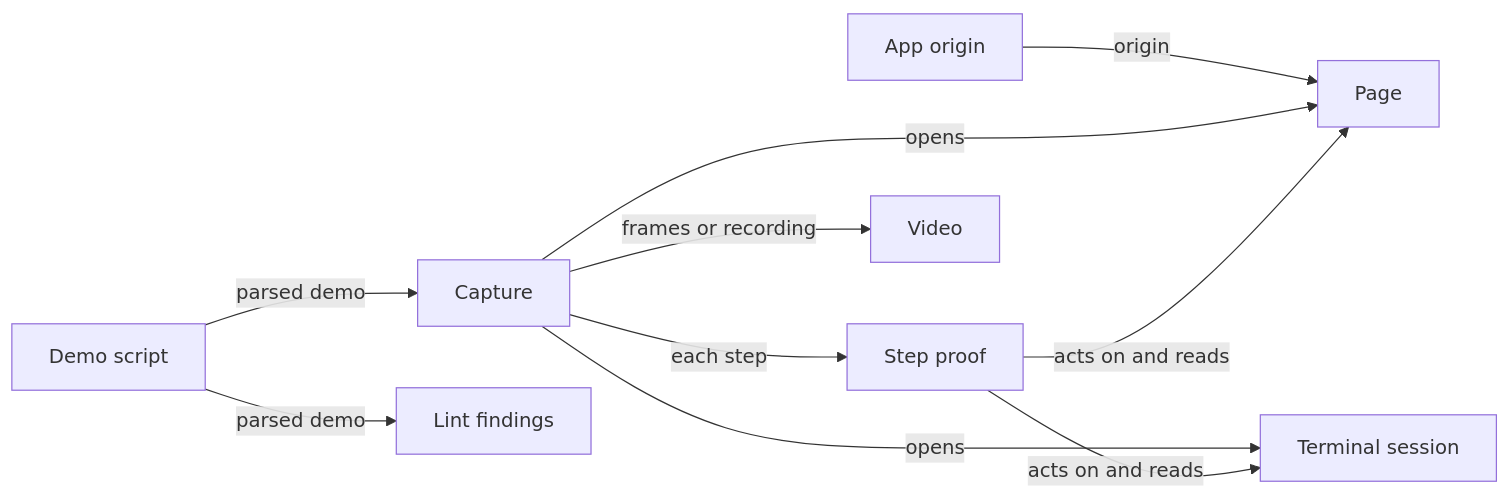
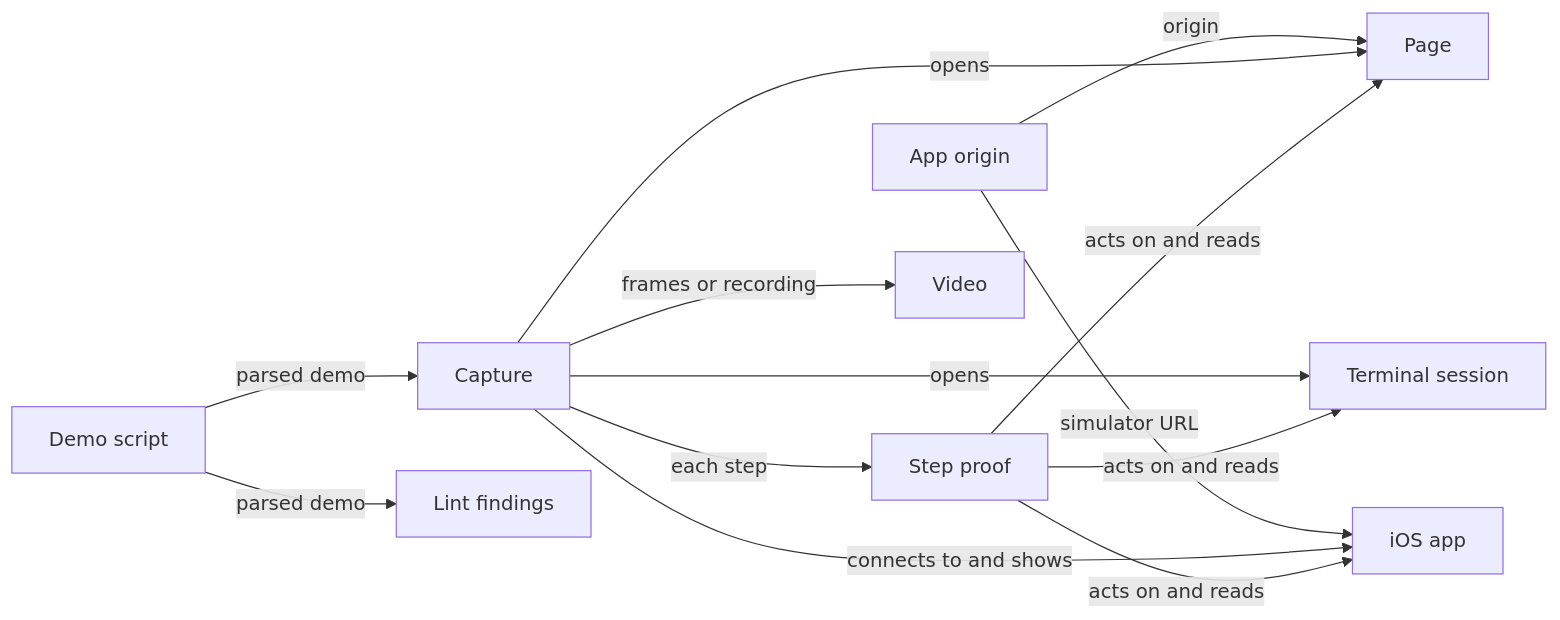
The diagram in docs/architecture.md (zookanalytics/sprintshow), drawn with Mermaid before and after one commit. The commit also changed other lines of this file and 2 other files, not shown here.

First line of the commit message:
docs: describe the iOS app surface in the README, the architecture and its design record (ss-rmvnx)

````diff
--- a/docs/architecture.md
+++ b/docs/architecture.md
@@ -84,12 +87,15 @@
 ```mermaid
 flowchart LR
   script[Demo script] -->|parsed demo| capture[Capture]
   script -->|parsed demo| lint[Lint findings]
   origin[App origin] -->|origin| page[Page]
+  origin -->|simulator URL| ios[iOS app]
   capture -->|opens| page
   capture -->|opens| term[Terminal session]
+  capture -->|connects to and shows| ios
   capture -->|each step| proof[Step proof]
   proof -->|acts on and reads| page
   proof -->|acts on and reads| term
+  proof -->|acts on and reads| ios
   capture -->|frames or recording| video[Video]
 ```
````
